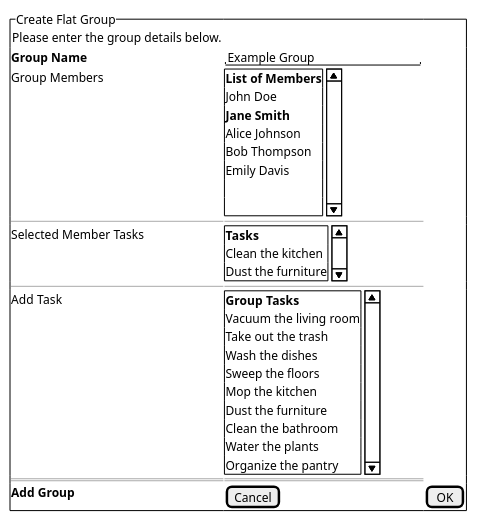
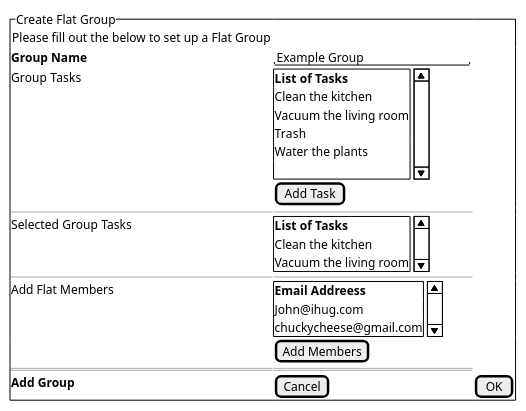
One commit to hamtana/FlatApp changed the diagram in Diagrams/UseCaseDiagrams/LofiCreateFlatGroup.puml. Above: the diagram before and after it, drawn with PlantUML.

Commit message:
reverted unintentional changes

```diff
--- a/Diagrams/UseCaseDiagrams/LofiCreateFlatGroup.puml
+++ b/Diagrams/UseCaseDiagrams/LofiCreateFlatGroup.puml
@@ -1,47 +1,42 @@
 @startsalt LofiCreateFlatGroup
 
 
 {^"Create Flat Group" 
-    {Please enter the group details below.}
+    {Please fill out the below to set up a Flat Group}
     **Group Name**|  "Example Group           " 
     
 
-    Group Members | {SI
-    **List of Members**
-    John Doe
-    **Jane Smith**
-    Alice Johnson
-    Bob Thompson
-    Emily Davis
+    Group Tasks | {SI
+    **List of Tasks**
+    Clean the kitchen
+    Vacuum the living room
+    Trash
+    Water the plants
     .
-    .
+    
+    
+    }
+    . | [Add Task]
+
+    ----|----
+    Selected Group Tasks | {SI
+    **List of Tasks**
+    Clean the kitchen
+    Vacuum the living room
     }
 
-    ----|----
-    Selected Member Tasks | {SI
-    **Tasks**
-    Clean the kitchen
-    Dust the furniture
+    ---- | ----
+    Add Flat Members  | {SI 
+    **Email Addreess** 
+    John@ihug.com
+    chuckycheese@gmail.com
     }
-    
+    . | [Add Members]
 
-    ---- | ----
-    Add Task  | {SI 
-    **Group Tasks**
-    Vacuum the living room
-    Take out the trash
-    Wash the dishes
-    Sweep the floors
-    Mop the kitchen
-    Dust the furniture
-    Clean the bathroom
-    Water the plants
-    Organize the pantry
-    }
 
     ====|====
     **Add Group** | [Cancel]|[ OK ]
 
 }
 
 @endsalt
```
